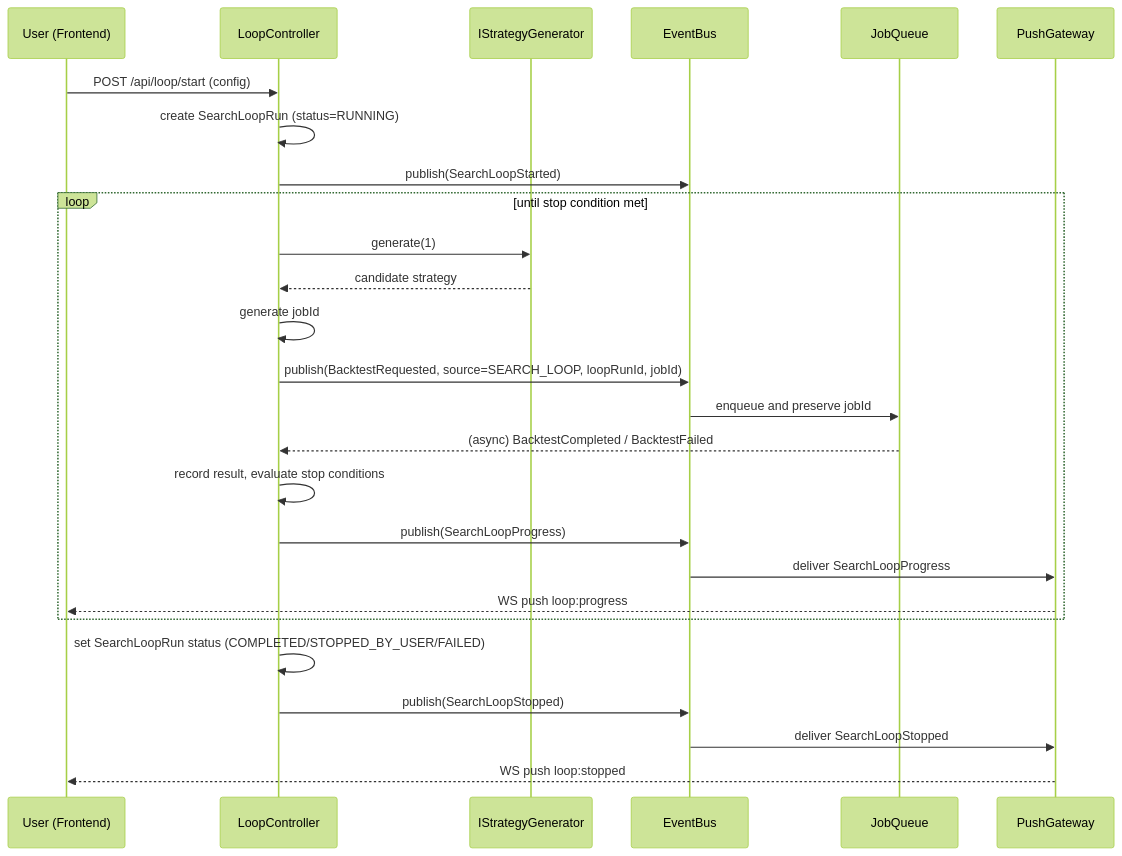
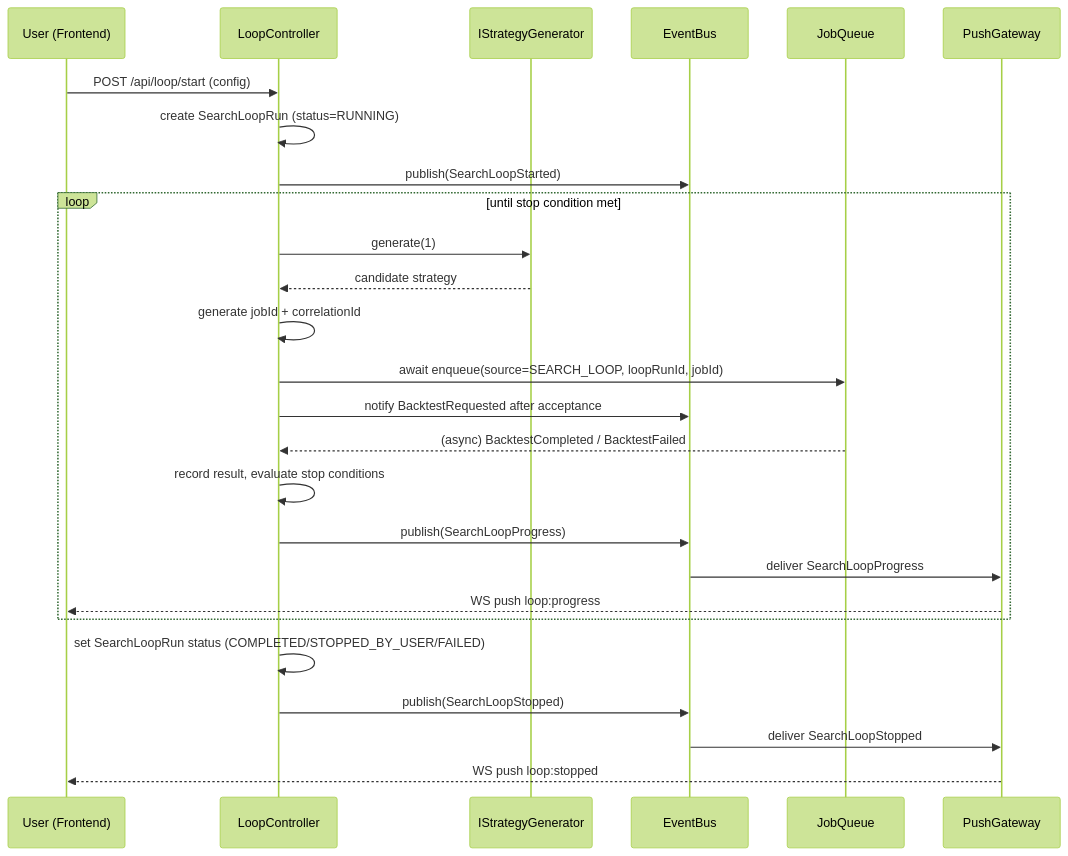
One commit to Hoang105205/Crypto-Strategy-Lab changed the fourth of 4 diagrams in kb/modules/event-infrastructure.md. Above: the diagram before and after it, drawn with Mermaid (forest theme). The commit also changed other lines of this file and 33 other files, not shown here.

````diff
--- a/kb/modules/event-infrastructure.md
+++ b/kb/modules/event-infrastructure.md
@@ -227,29 +238,29 @@
 ```mermaid
 sequenceDiagram
     participant U as User (Frontend)
     participant LC as LoopController
     participant SG as IStrategyGenerator
     participant EB as EventBus
     participant JQ as JobQueue
     participant WS as PushGateway
 
     U->>LC: POST /api/loop/start (config)
     LC->>LC: create SearchLoopRun (status=RUNNING)
     LC->>EB: publish(SearchLoopStarted)
     loop until stop condition met
         LC->>SG: generate(1)
         SG-->>LC: candidate strategy
-        LC->>LC: generate jobId
-        LC->>EB: publish(BacktestRequested, source=SEARCH_LOOP, loopRunId, jobId)
-        EB->>JQ: enqueue and preserve jobId
+        LC->>LC: generate jobId + correlationId
+        LC->>JQ: await enqueue(source=SEARCH_LOOP, loopRunId, jobId)
+        LC->>EB: notify BacktestRequested after acceptance
         JQ-->>LC: (async) BacktestCompleted / BacktestFailed
         LC->>LC: record result, evaluate stop conditions
         LC->>EB: publish(SearchLoopProgress)
         EB->>WS: deliver SearchLoopProgress
         WS-->>U: WS push loop:progress
     end
     LC->>LC: set SearchLoopRun status (COMPLETED/STOPPED_BY_USER/FAILED)
     LC->>EB: publish(SearchLoopStopped)
     EB->>WS: deliver SearchLoopStopped
     WS-->>U: WS push loop:stopped
 ```
````
